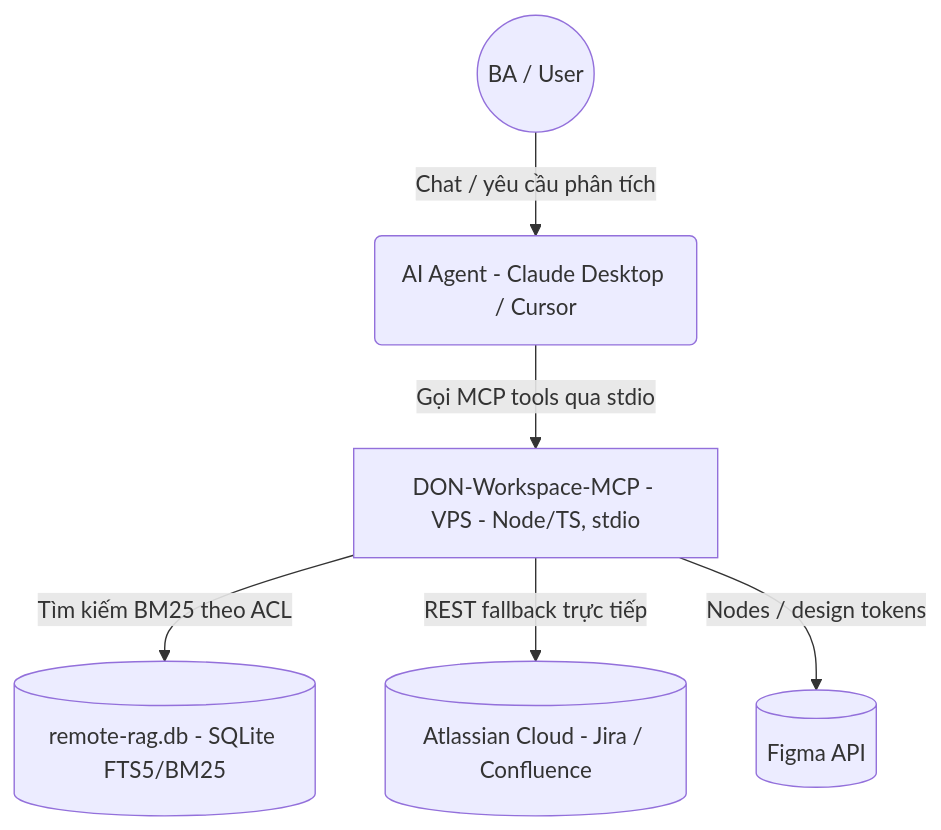
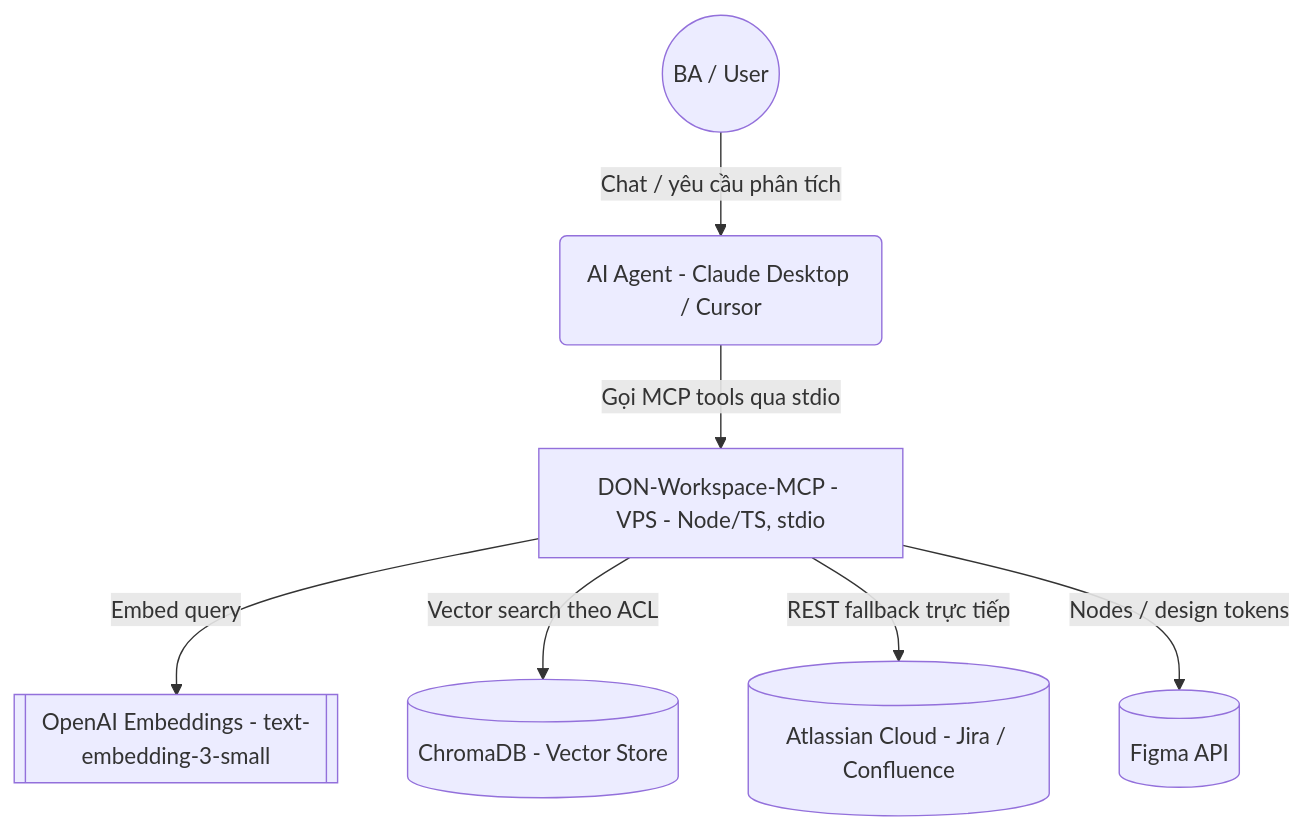
The first of 5 diagrams in README.md (cachep-xidau/MCP-server), drawn with Mermaid before and after one commit. The commit also changed other lines of this file and 6 other files, not shown here.

First line of the commit message:
feat: add semantic KB search via OpenAI embeddings + ChromaDB

````diff
--- a/README.md
+++ b/README.md
@@ -24,15 +24,17 @@
 ```mermaid
 graph TD
     User((BA / User))
     Agent(AI Agent - Claude Desktop / Cursor)
     MCP[DON-Workspace-MCP - VPS - Node/TS, stdio]
-    KB[(remote-rag.db - SQLite FTS5/BM25)]
+    OpenAI[[OpenAI Embeddings - text-embedding-3-small]]
+    Chroma[(ChromaDB - Vector Store)]
     Atlassian[(Atlassian Cloud - Jira / Confluence)]
     Figma[(Figma API)]
 
     User -->|Chat / yêu cầu phân tích| Agent
     Agent -->|Gọi MCP tools qua stdio| MCP
-    MCP -->|Tìm kiếm BM25 theo ACL| KB
+    MCP -->|Embed query| OpenAI
+    MCP -->|Vector search theo ACL| Chroma
     MCP -->|REST fallback trực tiếp| Atlassian
     MCP -->|Nodes / design tokens| Figma
 ```
````
